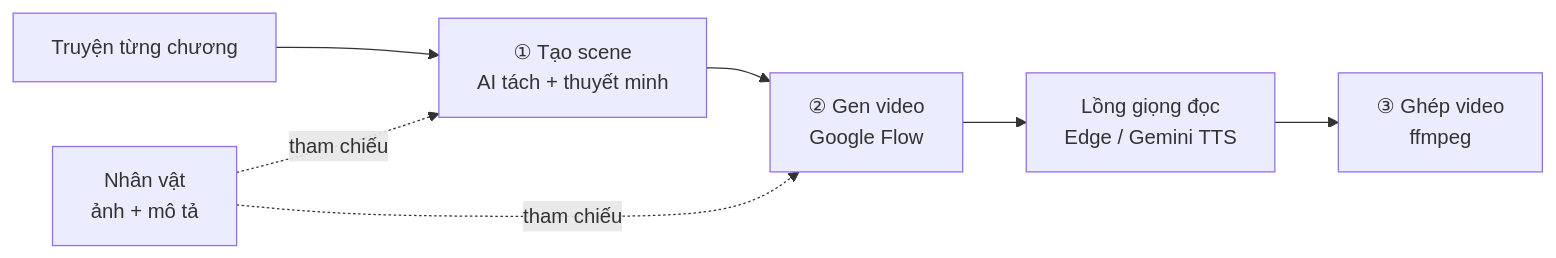
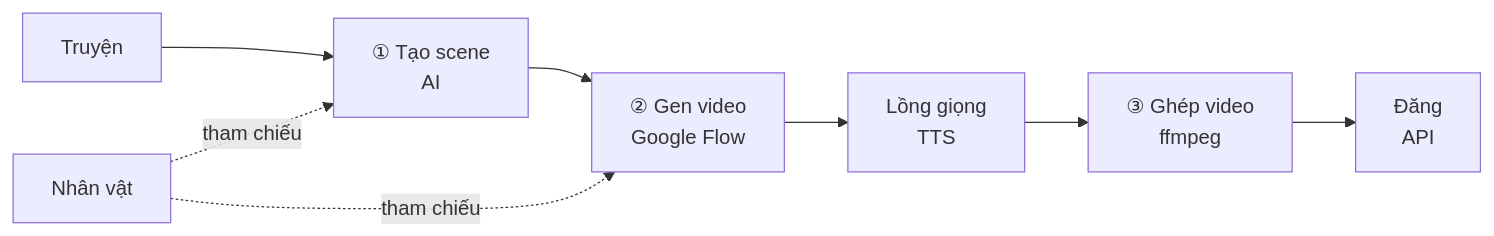
One commit to ytranhn/kevit changed the diagram in README.md. Above: the diagram before and after it, drawn with Mermaid. The commit also changed other lines of this file, not shown here.

````diff
--- a/README.md
+++ b/README.md
@@ -167,9 +87,10 @@
 ```mermaid
 flowchart LR
-    A[Truyện từng chương] --> B[① Tạo scene<br>AI tách + thuyết minh]
+    A[Truyện] --> B[① Tạo scene<br>AI]
     B --> C[② Gen video<br>Google Flow]
-    C --> D[Lồng giọng đọc<br>Edge / Gemini TTS]
+    C --> D[Lồng giọng<br>TTS]
     D --> E[③ Ghép video<br>ffmpeg]
-    N[Nhân vật<br>ảnh + mô tả] -. tham chiếu .-> B
+    E --> F[Đăng<br>API]
+    N[Nhân vật] -. tham chiếu .-> B
     N -. tham chiếu .-> C
 ```
````
